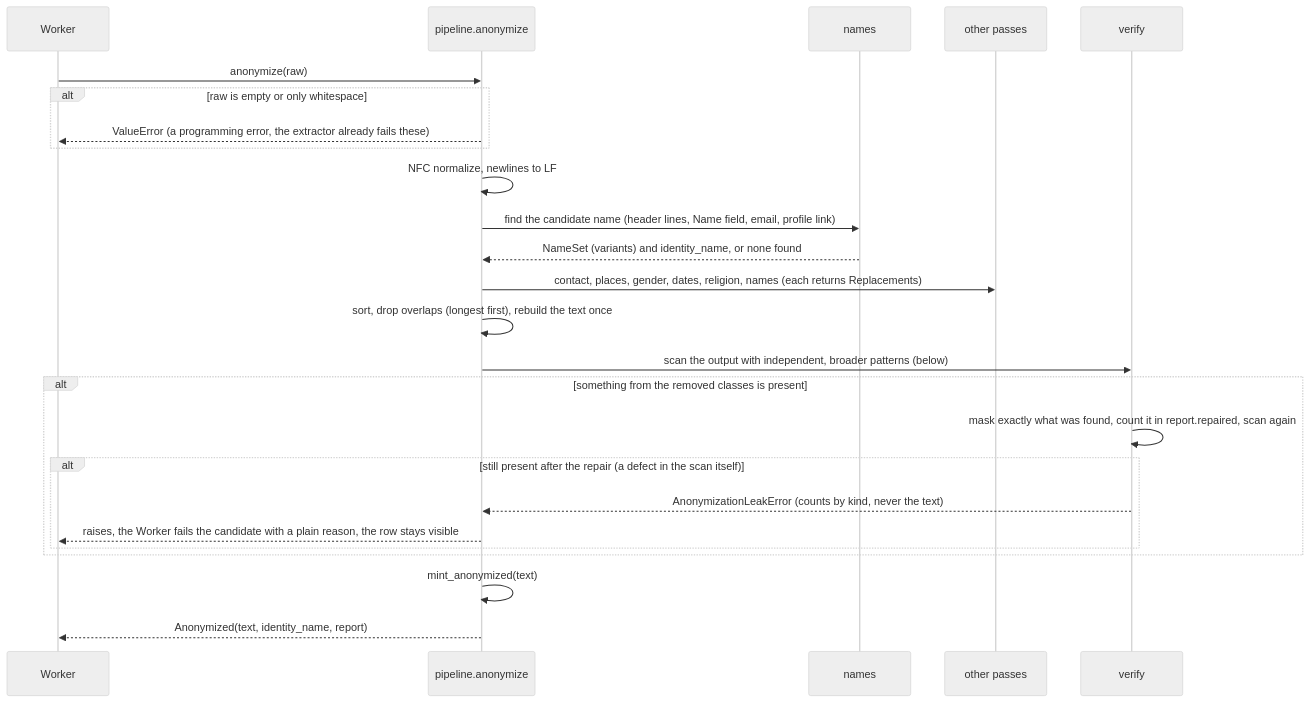
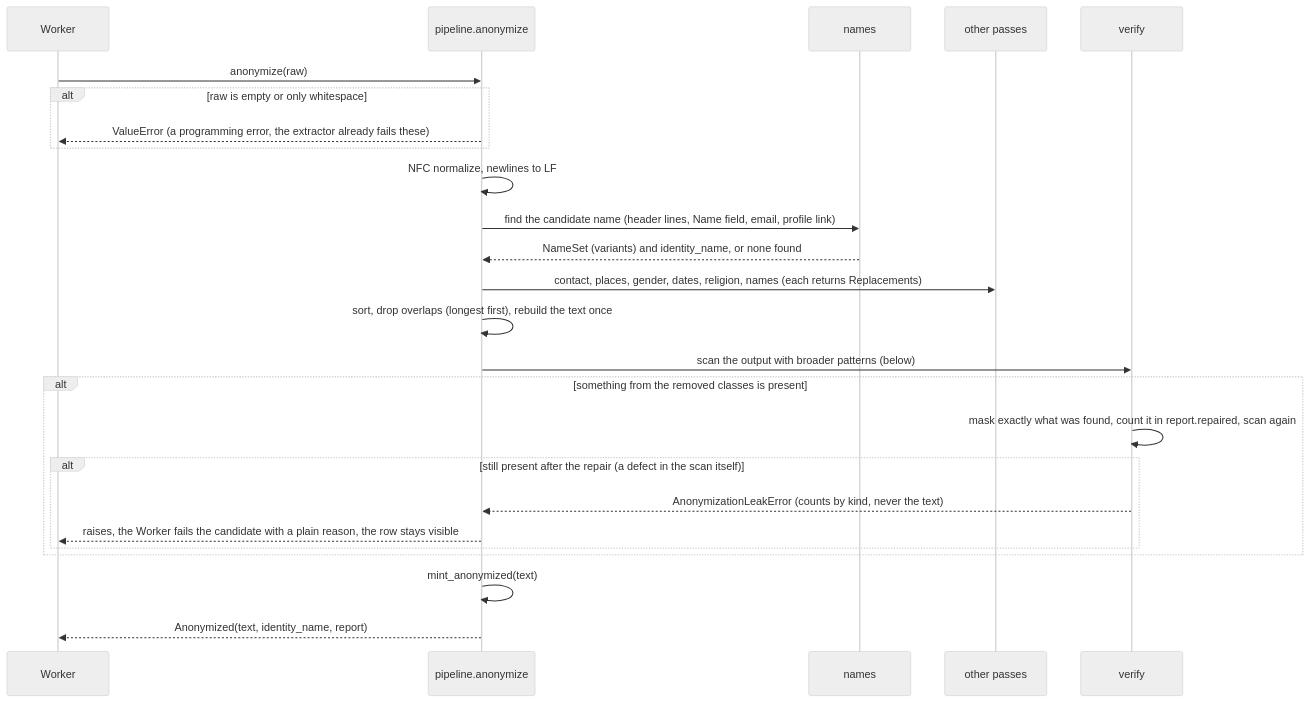
Before and after one commit to venkatmidhunmareedu/hirekit: the diagram in docs/design/anonymizer-lld.md, drawn with Mermaid (neutral theme). The commit also changed other lines of this file and 3 other files, not shown here.

````diff
--- a/docs/design/anonymizer-lld.md
+++ b/docs/design/anonymizer-lld.md
@@ -74,27 +74,27 @@
 ```mermaid
 sequenceDiagram
     participant W as Worker
     participant P as pipeline.anonymize
     participant N as names
     participant X as other passes
     participant V as verify
     W->>P: anonymize(raw)
     alt raw is empty or only whitespace
         P-->>W: ValueError (a programming error, the extractor already fails these)
     end
     P->>P: NFC normalize, newlines to LF
     P->>N: find the candidate name (header lines, Name field, email, profile link)
     N-->>P: NameSet (variants) and identity_name, or none found
     P->>X: contact, places, gender, dates, religion, names (each returns Replacements)
     P->>P: sort, drop overlaps (longest first), rebuild the text once
-    P->>V: scan the output with independent, broader patterns (below)
+    P->>V: scan the output with broader patterns (below)
     alt something from the removed classes is present
         V->>V: mask exactly what was found, count it in report.repaired, scan again
         alt still present after the repair (a defect in the scan itself)
             V-->>P: AnonymizationLeakError (counts by kind, never the text)
             P-->>W: raises, the Worker fails the candidate with a plain reason, the row stays visible
         end
     end
     P->>P: mint_anonymized(text)
     P-->>W: Anonymized(text, identity_name, report)
 ```
````
